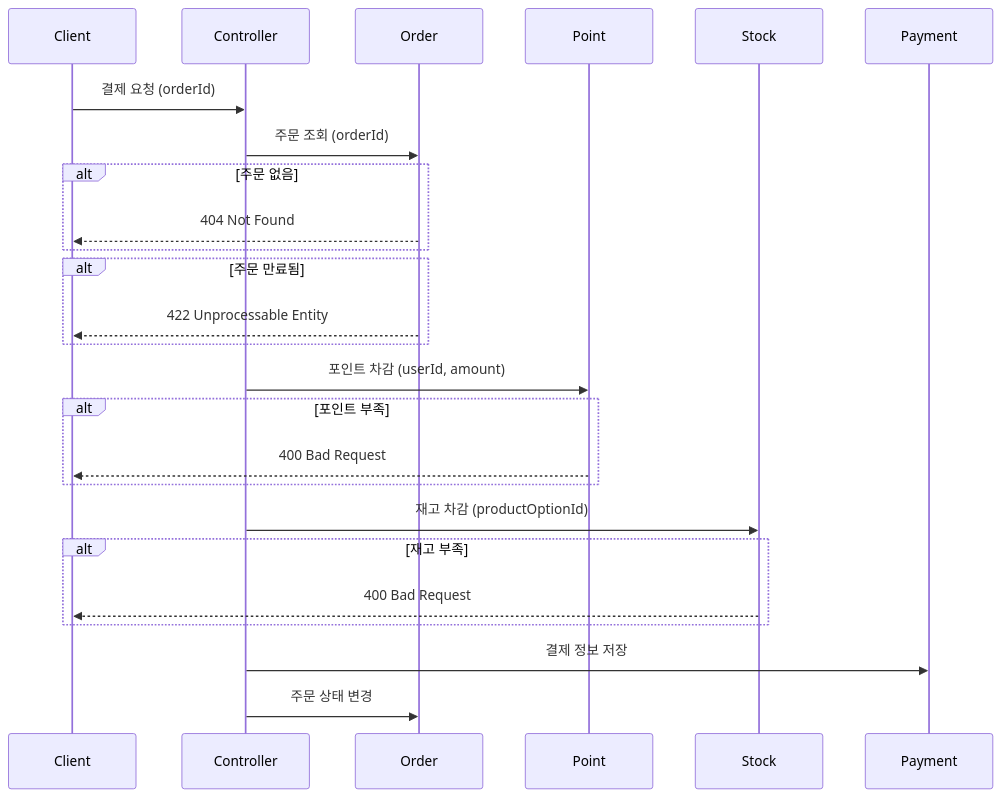
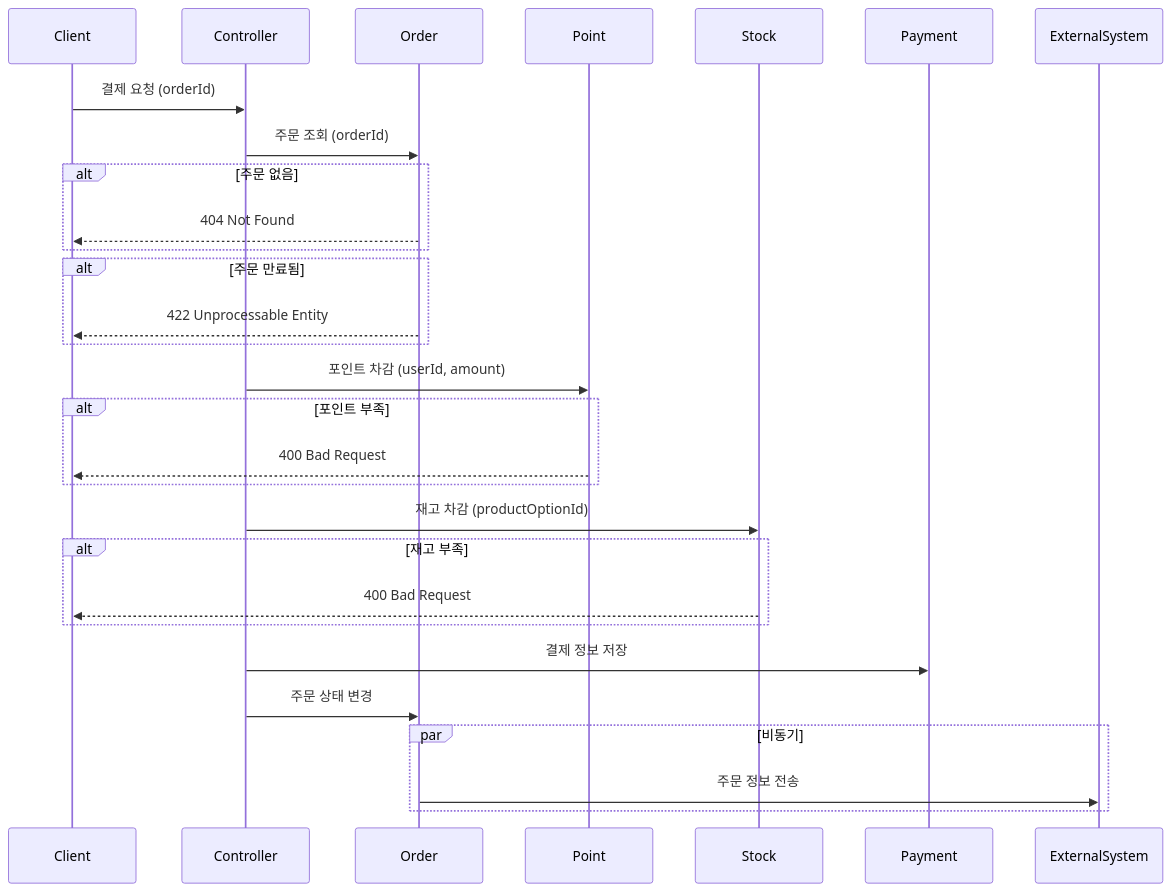
Before and after one commit to loopers-bootcamp/e-commerce: the seventh of 7 diagrams in docs/design/02-sequence-diagrams.md, drawn with Mermaid.

Commit message:
docs: 시퀀스 다이어그램 수정

````diff
--- a/docs/design/02-sequence-diagrams.md
+++ b/docs/design/02-sequence-diagrams.md
@@ -134,27 +134,31 @@
 ```mermaid
 sequenceDiagram
     participant Client
     participant C as Controller
     participant O as Order
     participant PNT as Point
     participant S as Stock
     participant PAY as Payment
+    participant ES as ExternalSystem
     Client ->> C: 결제 요청 (orderId)
     C ->> O: 주문 조회 (orderId)
     alt 주문 없음
         O -->> Client: 404 Not Found
     end
     alt 주문 만료됨
         O -->> Client: 422 Unprocessable Entity
     end
     C ->> PNT: 포인트 차감 (userId, amount)
     alt 포인트 부족
         PNT -->> Client: 400 Bad Request
     end
     C ->> S: 재고 차감 (productOptionId)
     alt 재고 부족
         S -->> Client: 400 Bad Request
     end
     C ->> PAY: 결제 정보 저장
     C ->> O: 주문 상태 변경
+    par 비동기
+        O ->> ES: 주문 정보 전송
+    end
 ```
````
